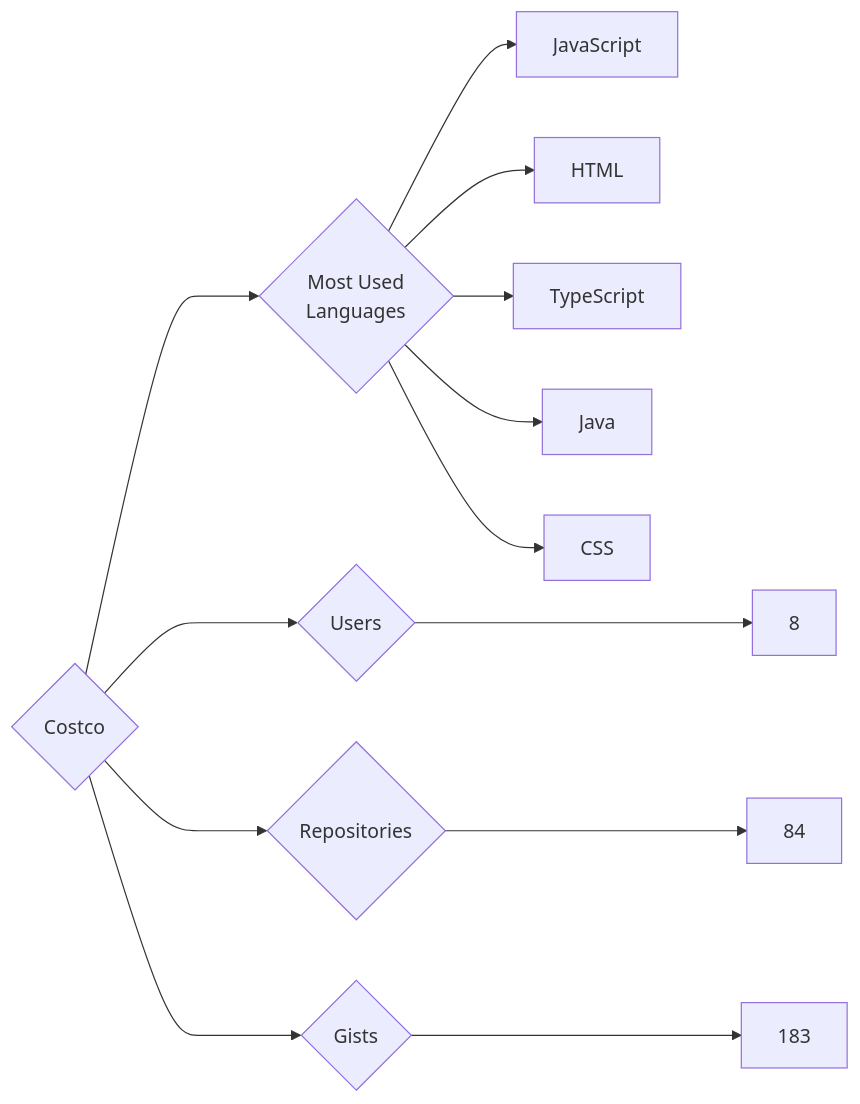
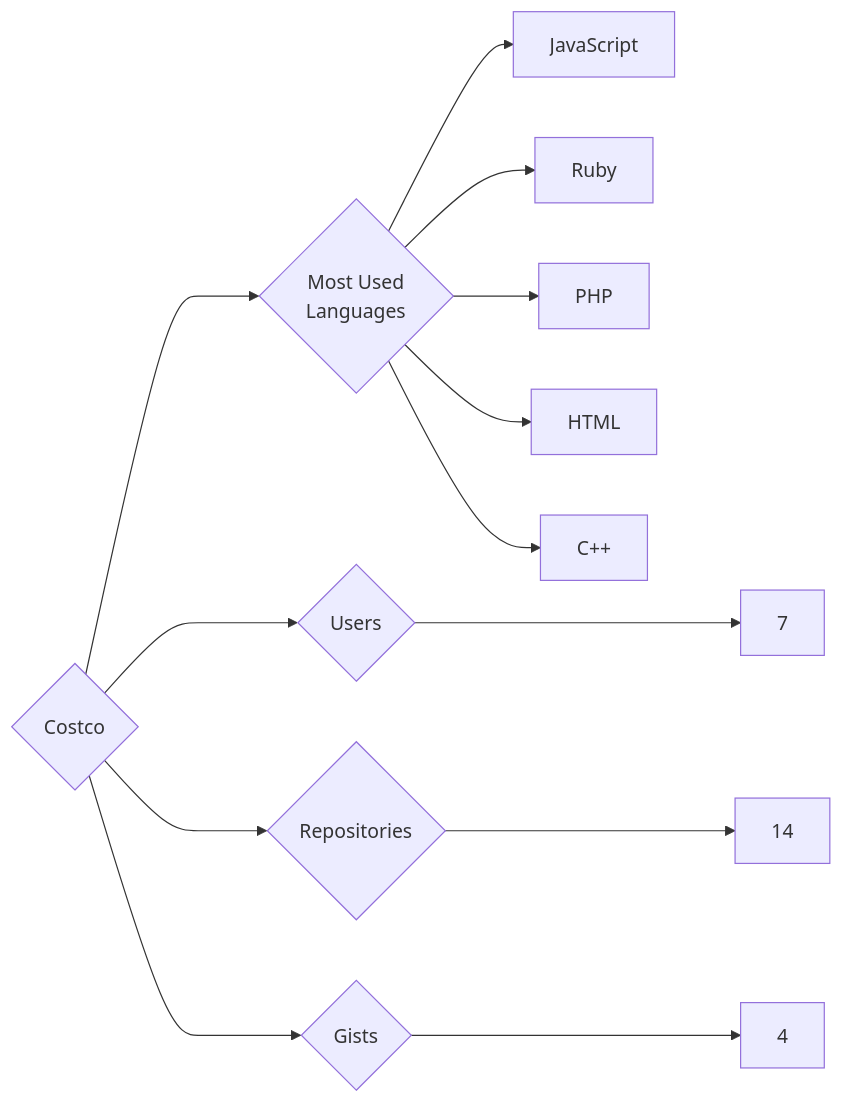
One commit to trickest/insiders changed the diagram in targets/Costco/README.md. Above: the diagram before and after it, drawn with Mermaid. The commit also changed 724 other files, not shown here.

````diff
--- a/targets/Costco/README.md
+++ b/targets/Costco/README.md
@@ -3,13 +3,13 @@
 ```mermaid
 graph LR
 COMPANY_NAME{Costco}
-COMPANY_NAME ---> U{Users} ---> UN[8]
-COMPANY_NAME ---> R{Repositories} ---> RN[84]
-COMPANY_NAME ---> G{Gists} ---> GN[183]
+COMPANY_NAME ---> U{Users} ---> UN[7]
+COMPANY_NAME ---> R{Repositories} ---> RN[14]
+COMPANY_NAME ---> G{Gists} ---> GN[4]
 COMPANY_NAME ---> ML{Most Used<br>Languages}
 ML --> JavaScript[JavaScript]
+ML --> Ruby[Ruby]
+ML --> PHP[PHP]
 ML --> HTML[HTML]
-ML --> TypeScript[TypeScript]
-ML --> Java[Java]
-ML --> CSS[CSS]
+ML --> C++[C++]
 ```
````
